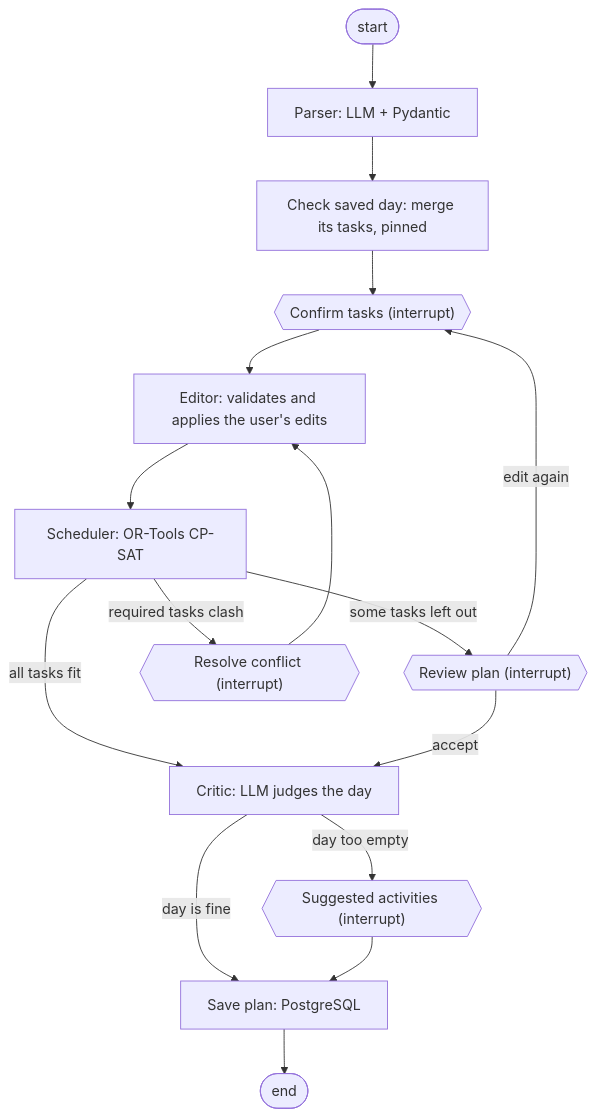
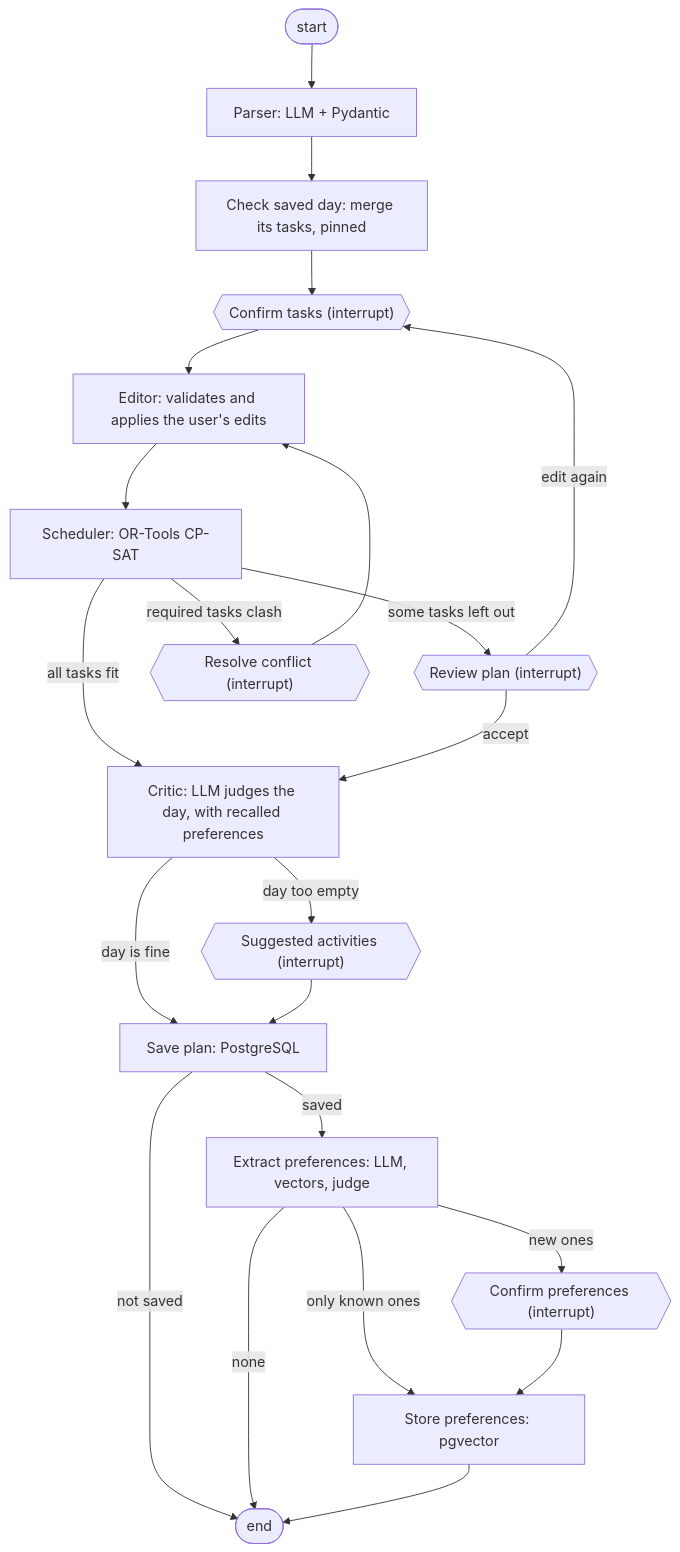
The diagram in README.md (LenionK/agentic-day-planner), drawn with Mermaid before and after one commit. The commit also changed other lines of this file and 1 other file, not shown here.

First line of the commit message:
docs: README with the memory of preferences; TODO for interface and saving

````diff
--- a/README.md
+++ b/README.md
@@ -33,18 +39,24 @@
 ```mermaid
 flowchart TD
     START([start]) --> P["Parser: LLM + Pydantic"]
     P --> D["Check saved day: merge its tasks, pinned"]
     D --> C{{"Confirm tasks (interrupt)"}}
     C --> E["Editor: validates and applies the user's edits"]
     E --> S["Scheduler: OR-Tools CP-SAT"]
-    S -- "all tasks fit" --> K["Critic: LLM judges the day"]
+    S -- "all tasks fit" --> K["Critic: LLM judges the day, with recalled preferences"]
     S -- "some tasks left out" --> R{{"Review plan (interrupt)"}}
     S -- "required tasks clash" --> X{{"Resolve conflict (interrupt)"}}
     X --> E
     R -- "accept" --> K
     R -- "edit again" --> C
     K -- "day is fine" --> V["Save plan: PostgreSQL"]
     K -- "day too empty" --> A{{"Suggested activities (interrupt)"}}
     A --> V
-    V --> END([end])
+    V -- "saved" --> F["Extract preferences: LLM, vectors, judge"]
+    V -- "not saved" --> END([end])
+    F -- "new ones" --> Q{{"Confirm preferences (interrupt)"}}
+    F -- "only known ones" --> M["Store preferences: pgvector"]
+    F -- "none" --> END
+    Q --> M
+    M --> END
 ```
````
